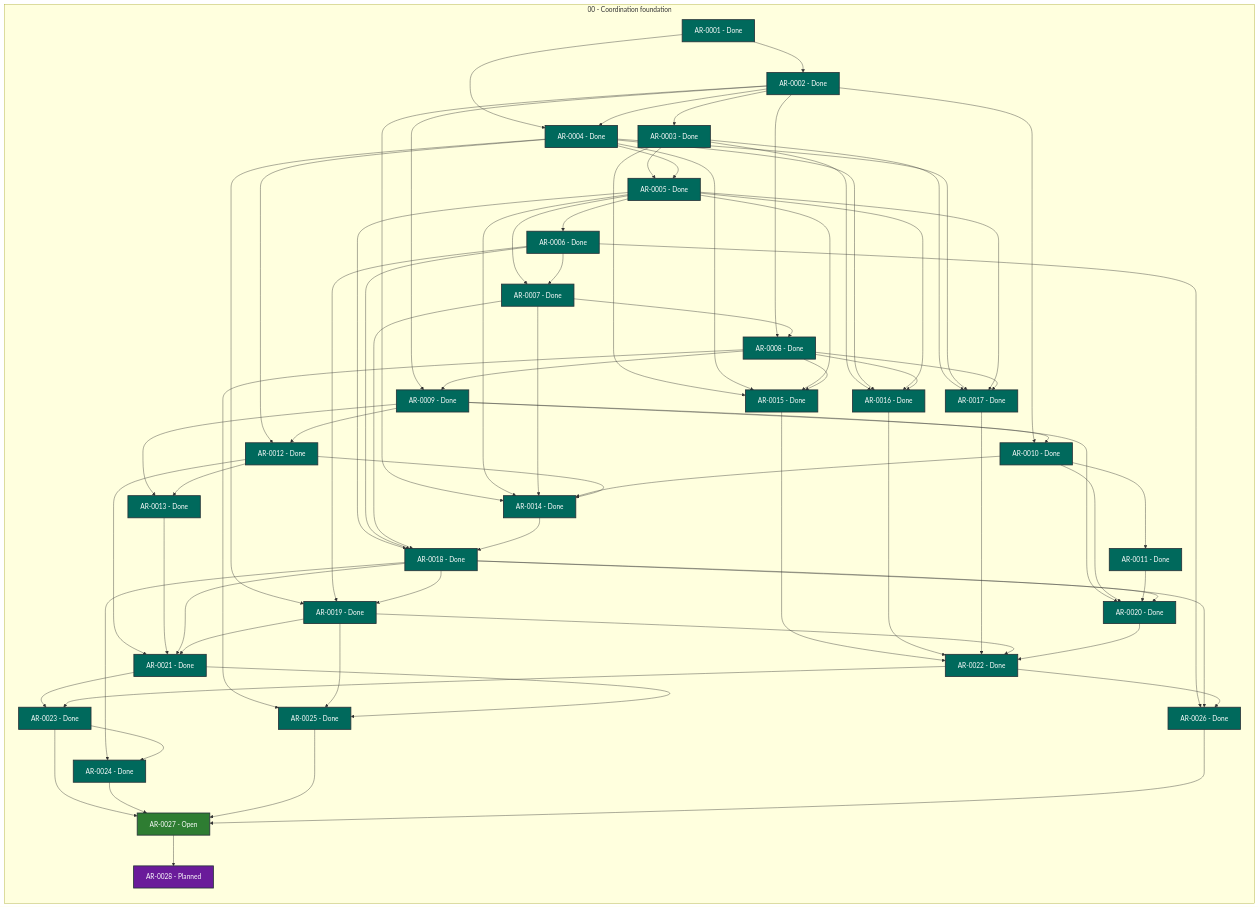
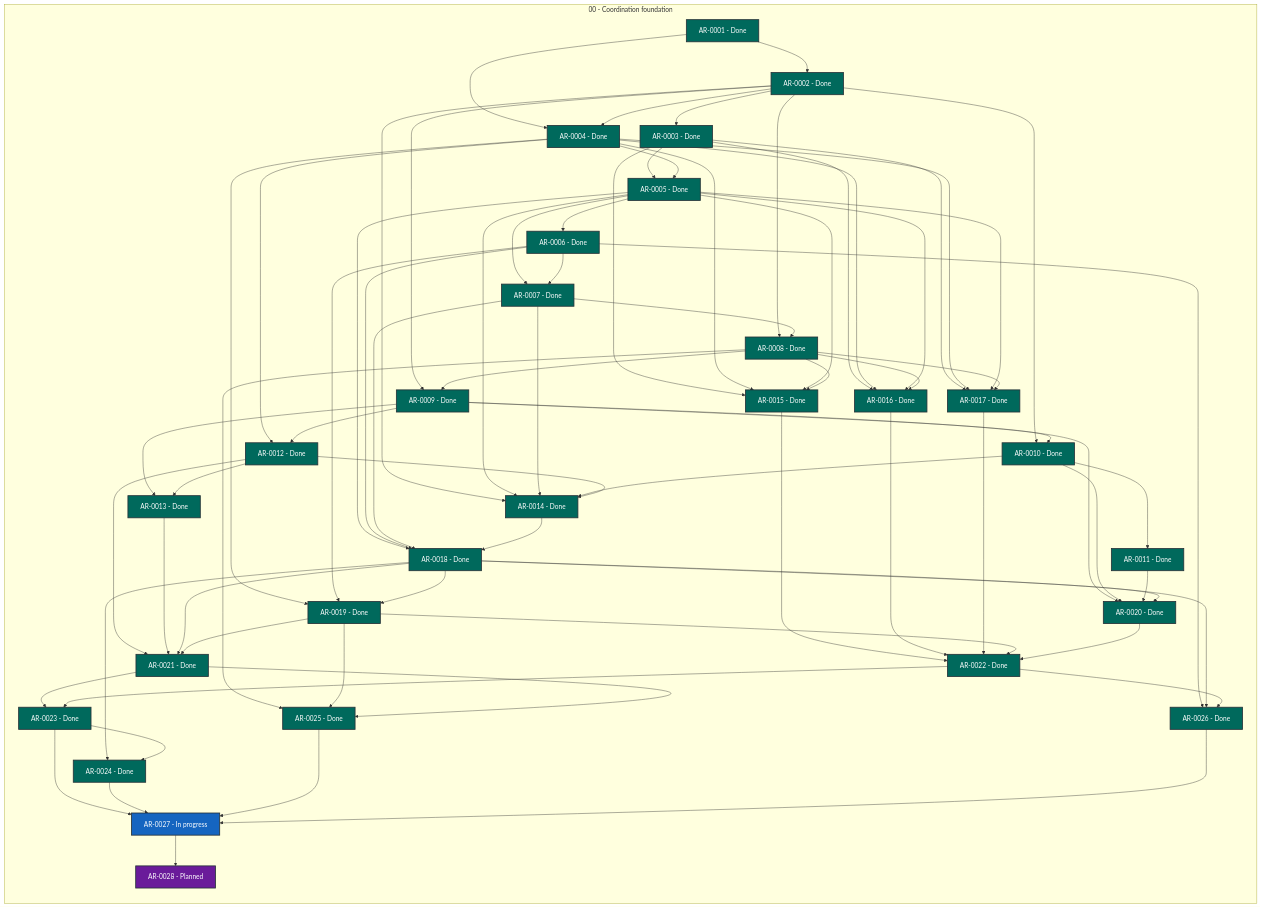
The diagram in STATUS.md (martin-beck/agent-workflow-runtime-state), drawn with Mermaid before and after one commit. The commit also changed other lines of this file and 2 other files, not shown here.

```diff
--- a/STATUS.md
+++ b/STATUS.md
@@ -54,7 +54,7 @@
         AR_0024["AR-0024 - Done"]:::status_done
         AR_0025["AR-0025 - Done"]:::status_done
         AR_0026["AR-0026 - Done"]:::status_done
-        AR_0027["AR-0027 - Open"]:::status_open
+        AR_0027["AR-0027 - In progress"]:::status_in_progress
         AR_0028["AR-0028 - Planned"]:::status_planned
     end
     AR_0001 --> AR_0002
```
